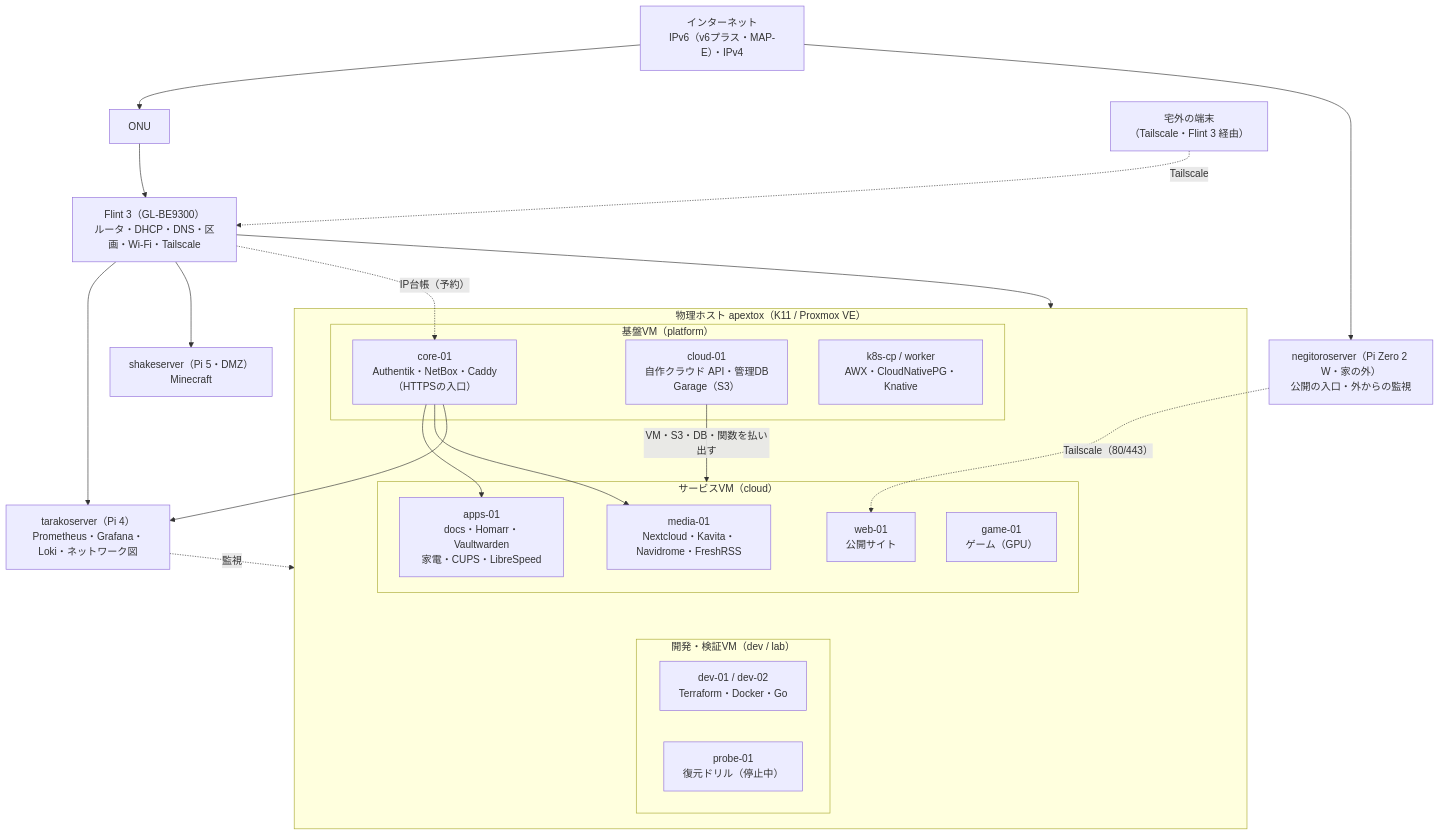
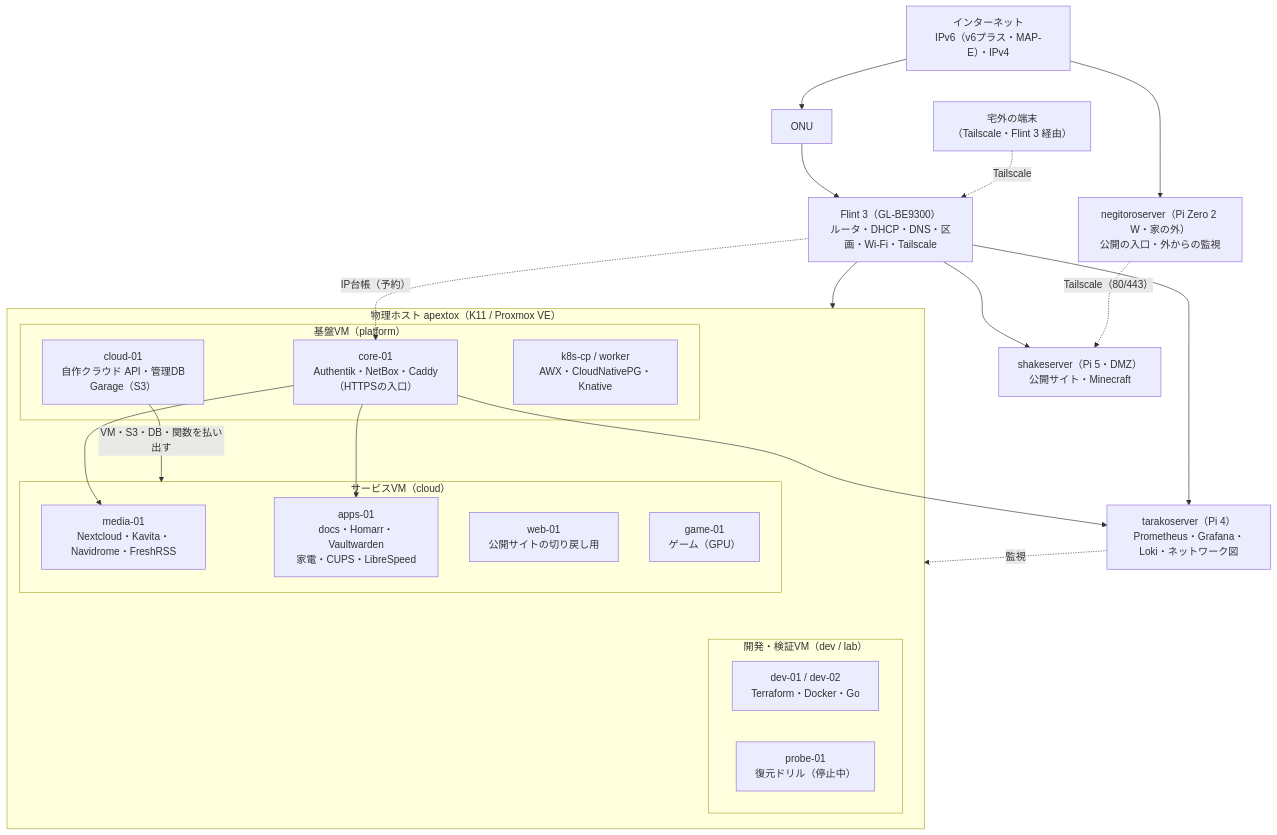
One commit to rurutheGeek/shake-cloud changed the diagram in docs/architecture/diagrams/overview.mmd. Above: the diagram before and after it, drawn with Mermaid. The commit also changed 7 other files, not shown here.

First line of the commit message:
feat(web): 公開サイトの中継を DMZ の shakeserver（Pi 5）へ切り替える

```diff
--- a/docs/architecture/diagrams/overview.mmd
+++ b/docs/architecture/diagrams/overview.mmd
@@ -1,40 +1,40 @@
 flowchart TB
   internet["インターネット<br/>IPv6（v6プラス・MAP-E）・IPv4"]
   onu["ONU"]
   remote["宅外の端末<br/>（Tailscale・Flint 3 経由）"]
   relay["negitoroserver（Pi Zero 2 W・家の外）<br/>公開の入口・外からの監視"]
   router["Flint 3（GL-BE9300）<br/>ルータ・DHCP・DNS・区画・Wi-Fi・Tailscale"]
 
   subgraph host["物理ホスト apextox（K11 / Proxmox VE）"]
     subgraph infra["基盤VM（platform）"]
       core01["core-01<br/>Authentik・NetBox・Caddy（HTTPSの入口）"]
       cloud01["cloud-01<br/>自作クラウド API・管理DB<br/>Garage（S3）"]
       k8s["k8s-cp / worker<br/>AWX・CloudNativePG・Knative"]
     end
     subgraph svcpool["サービスVM（cloud）"]
       media["media-01<br/>Nextcloud・Kavita・Navidrome・FreshRSS"]
       apps["apps-01<br/>docs・Homarr・Vaultwarden<br/>家電・CUPS・LibreSpeed"]
-      web["web-01<br/>公開サイト"]
+      web["web-01<br/>公開サイトの切り戻し用"]
       game["game-01<br/>ゲーム（GPU）"]
     end
     subgraph devpool["開発・検証VM（dev / lab）"]
       dev["dev-01 / dev-02<br/>Terraform・Docker・Go"]
       probe["probe-01<br/>復元ドリル（停止中）"]
     end
   end
   taraco["tarakoserver（Pi 4）<br/>Prometheus・Grafana・Loki・ネットワーク図"]
-  shake["shakeserver（Pi 5・DMZ）<br/>Minecraft"]
+  shake["shakeserver（Pi 5・DMZ）<br/>公開サイト・Minecraft"]
 
   internet --> onu --> router
   router --> host
   router --> taraco
   router --> shake
   remote -. Tailscale .-> router
   internet --> relay
-  relay -. "Tailscale（80/443）" .-> web
+  relay -. "Tailscale（80/443）" .-> shake
   cloud01 -- "VM・S3・DB・関数を払い出す" --> svcpool
   core01 --> apps
   core01 --> media
   core01 --> taraco
   taraco -. "監視" .-> host
   router -. "IP台帳（予約）" .-> core01
```
